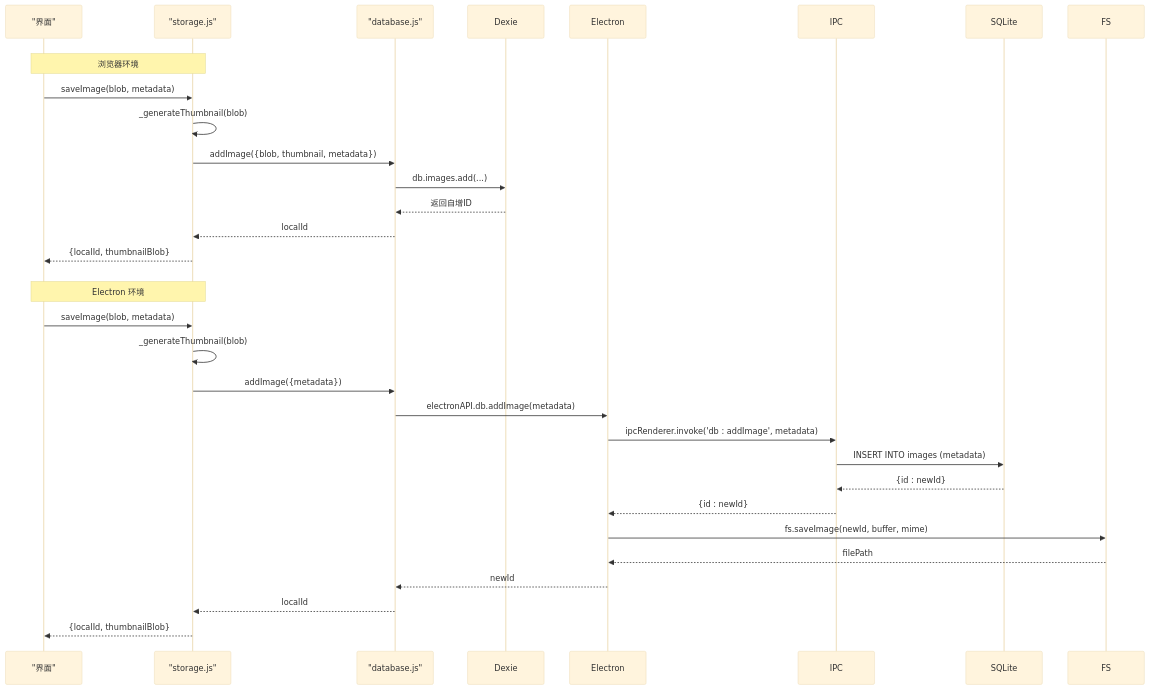
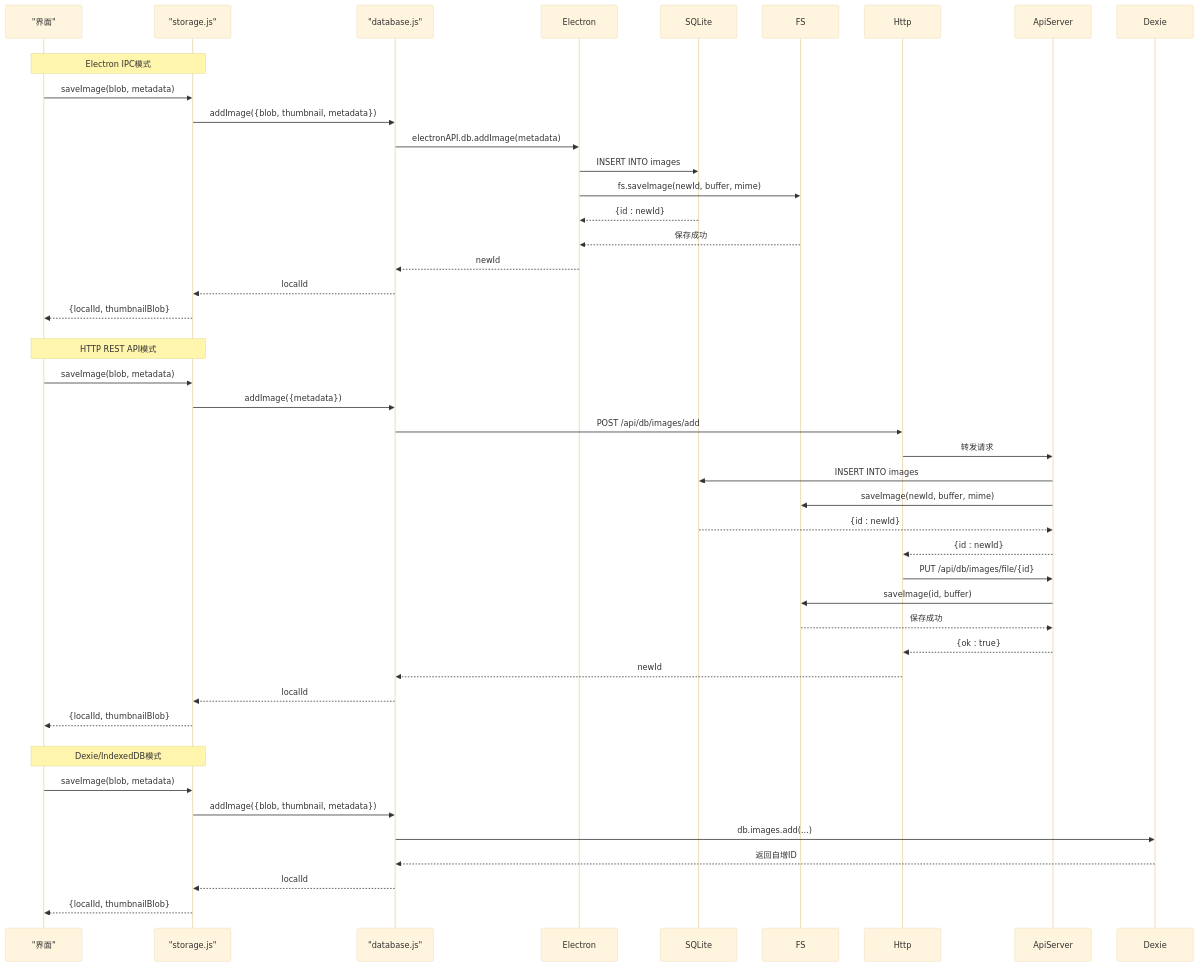
Before and after one commit to AlbusWei/AI-Image-Studio: the seventh of 10 diagrams in .qoder/repowiki/zh/content/架构设计/数据流设计/数据库持久化.md, drawn with Mermaid (base theme). The commit also changed other lines of this file and 26 other files, not shown here.

First line of the commit message:
fix: 修复 Electron 模式下 Gallery 无法显示图片的 3 个断裂点

````diff
--- a/.qoder/repowiki/zh/content/架构设计/数据流设计/数据库持久化.md
+++ b/.qoder/repowiki/zh/content/架构设计/数据流设计/数据库持久化.md
@@ -331,32 +413,46 @@
 ```mermaid
 sequenceDiagram
 participant UI as "界面"
 participant Storage as "storage.js"
 participant Facade as "database.js"
 rect rgb(255, 255, 255)
-Note over UI,Storage : 浏览器环境
+Note over UI,Storage : Electron IPC模式
 UI->>Storage : saveImage(blob, metadata)
-Storage->>Storage : _generateThumbnail(blob)
+Storage->>Facade : addImage({blob, thumbnail, metadata})
+Facade->>Electron : electronAPI.db.addImage(metadata)
+Electron->>SQLite : INSERT INTO images
+Electron->>FS : fs.saveImage(newId, buffer, mime)
+SQLite-->>Electron : {id : newId}
+FS-->>Electron : 保存成功
+Electron-->>Facade : newId
+Facade-->>Storage : localId
+Storage-->>UI : {localId, thumbnailBlob}
+end
+rect rgb(255, 255, 255)
+Note over UI,Storage : HTTP REST API模式
+UI->>Storage : saveImage(blob, metadata)
+Storage->>Facade : addImage({metadata})
+Facade->>Http : POST /api/db/images/add
+Http->>ApiServer : 转发请求
+ApiServer->>SQLite : INSERT INTO images
+ApiServer->>FS : saveImage(newId, buffer, mime)
+SQLite-->>ApiServer : {id : newId}
+ApiServer-->>Http : {id : newId}
+Http->>ApiServer : PUT /api/db/images/file/{id}
+ApiServer->>FS : saveImage(id, buffer)
+FS-->>ApiServer : 保存成功
+ApiServer-->>Http : {ok : true}
+Http-->>Facade : newId
+Facade-->>Storage : localId
+Storage-->>UI : {localId, thumbnailBlob}
+end
+rect rgb(255, 255, 255)
+Note over UI,Storage : Dexie/IndexedDB模式
+UI->>Storage : saveImage(blob, metadata)
 Storage->>Facade : addImage({blob, thumbnail, metadata})
 Facade->>Dexie : db.images.add(...)
 Dexie-->>Facade : 返回自增ID
 Facade-->>Storage : localId
 Storage-->>UI : {localId, thumbnailBlob}
 end
-rect rgb(255, 255, 255)
-Note over UI,Storage : Electron 环境
-UI->>Storage : saveImage(blob, metadata)
-Storage->>Storage : _generateThumbnail(blob)
-Storage->>Facade : addImage({metadata})
-Facade->>Electron : electronAPI.db.addImage(metadata)
-Electron->>IPC : ipcRenderer.invoke('db : addImage', metadata)
-IPC->>SQLite : INSERT INTO images (metadata)
-SQLite-->>IPC : {id : newId}
-IPC-->>Electron : {id : newId}
-Electron->>FS : fs.saveImage(newId, buffer, mime)
-FS-->>Electron : filePath
-Electron-->>Facade : newId
-Facade-->>Storage : localId
-Storage-->>UI : {localId, thumbnailBlob}
-end
 ```
````
